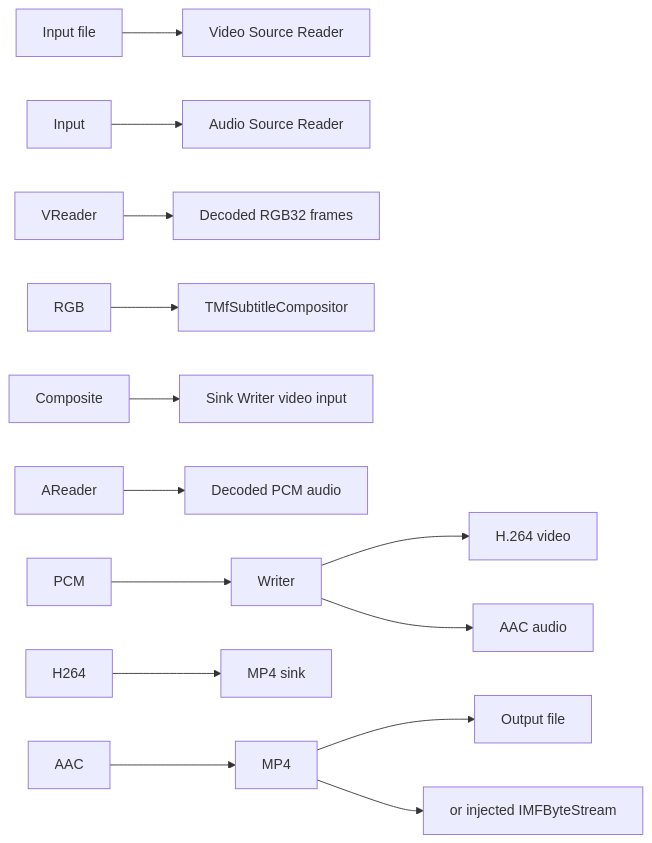
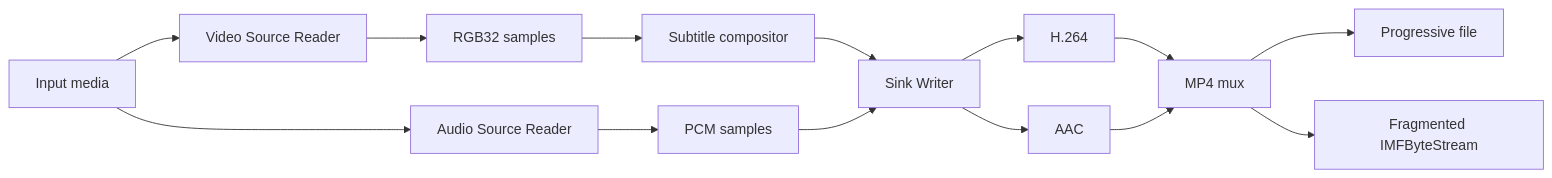
Before and after one commit to FactoryXCode/MfPack: the fourth of 5 diagrams in MfPack/Samples/MfPlayer X2/Docs/MfPlayer_X2_Architecture_and_Chromecast.md, drawn with Mermaid. The commit also changed other lines of this file and 26 other files, not shown here.

````diff
--- a/MfPack/Samples/MfPlayer X2/Docs/MfPlayer_X2_Architecture_and_Chromecast.md
+++ b/MfPack/Samples/MfPlayer X2/Docs/MfPlayer_X2_Architecture_and_Chromecast.md
@@ -449,16 +247,16 @@
 ```mermaid
 flowchart LR
-    Input\[Input file] --> VReader\[Video Source Reader]
-    Input --> AReader\[Audio Source Reader]
-    VReader --> RGB\[Decoded RGB32 frames]
-    RGB --> Composite\[TMfSubtitleCompositor]
-    Composite --> Writer\[Sink Writer video input]
-    AReader --> PCM\[Decoded PCM audio]
-    PCM --> Writer
-    Writer --> H264\[H.264 video]
-    Writer --> AAC\[AAC audio]
-    H264 --> MP4\[MP4 sink]
+    Input[Input media] --> VR[Video Source Reader]
+    Input --> AR[Audio Source Reader]
+    VR --> RGB[RGB32 samples]
+    RGB --> Comp[Subtitle compositor]
+    Comp --> SW[Sink Writer]
+    AR --> PCM[PCM samples]
+    PCM --> SW
+    SW --> H264[H.264]
+    SW --> AAC[AAC]
+    H264 --> MP4[MP4 mux]
     AAC --> MP4
-    MP4 --> File\[Output file]
-    MP4 --> ByteStream\[or injected IMFByteStream]
+    MP4 --> File[Progressive file]
+    MP4 --> Bytes[Fragmented IMFByteStream]
 ```
````
